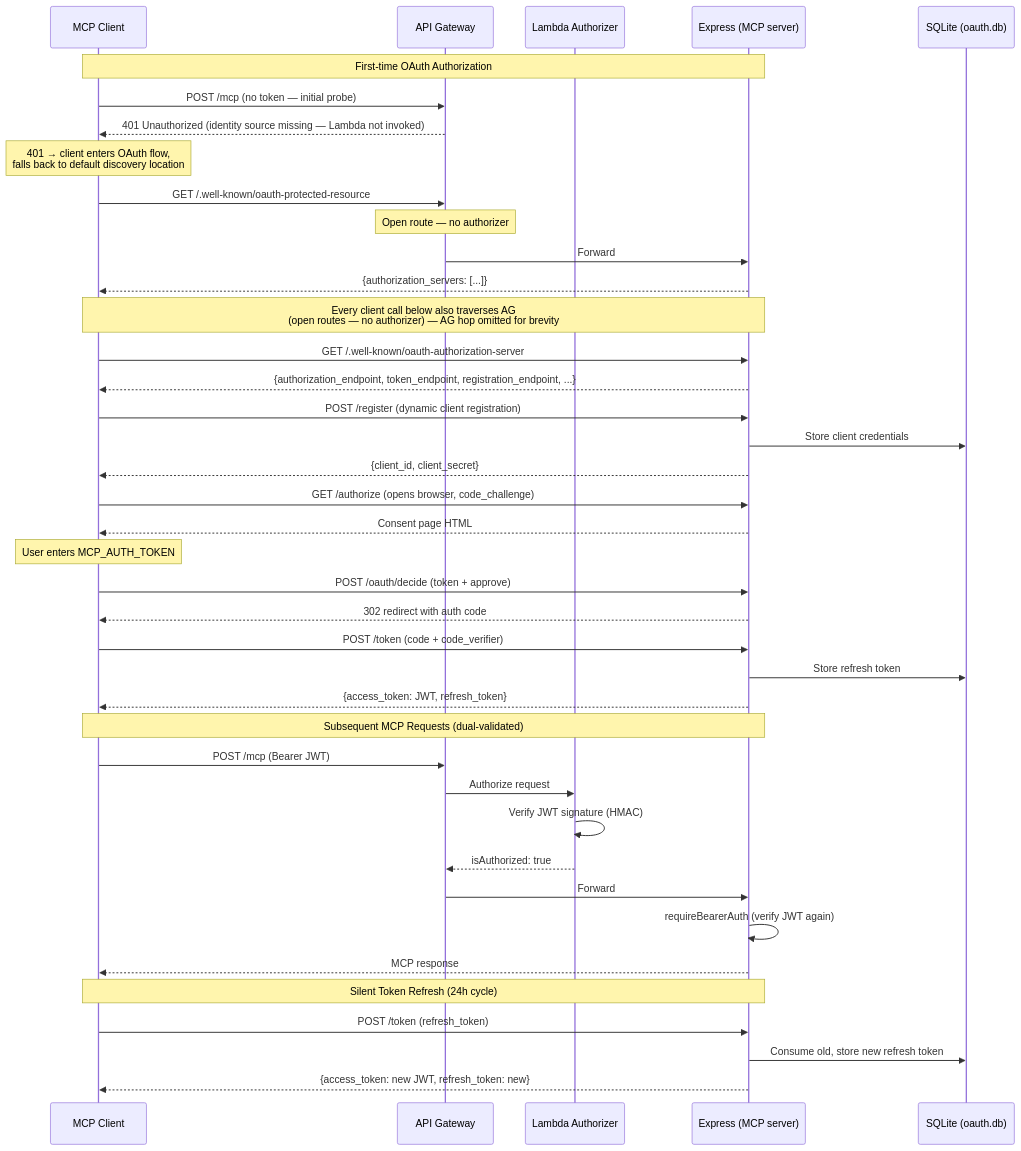
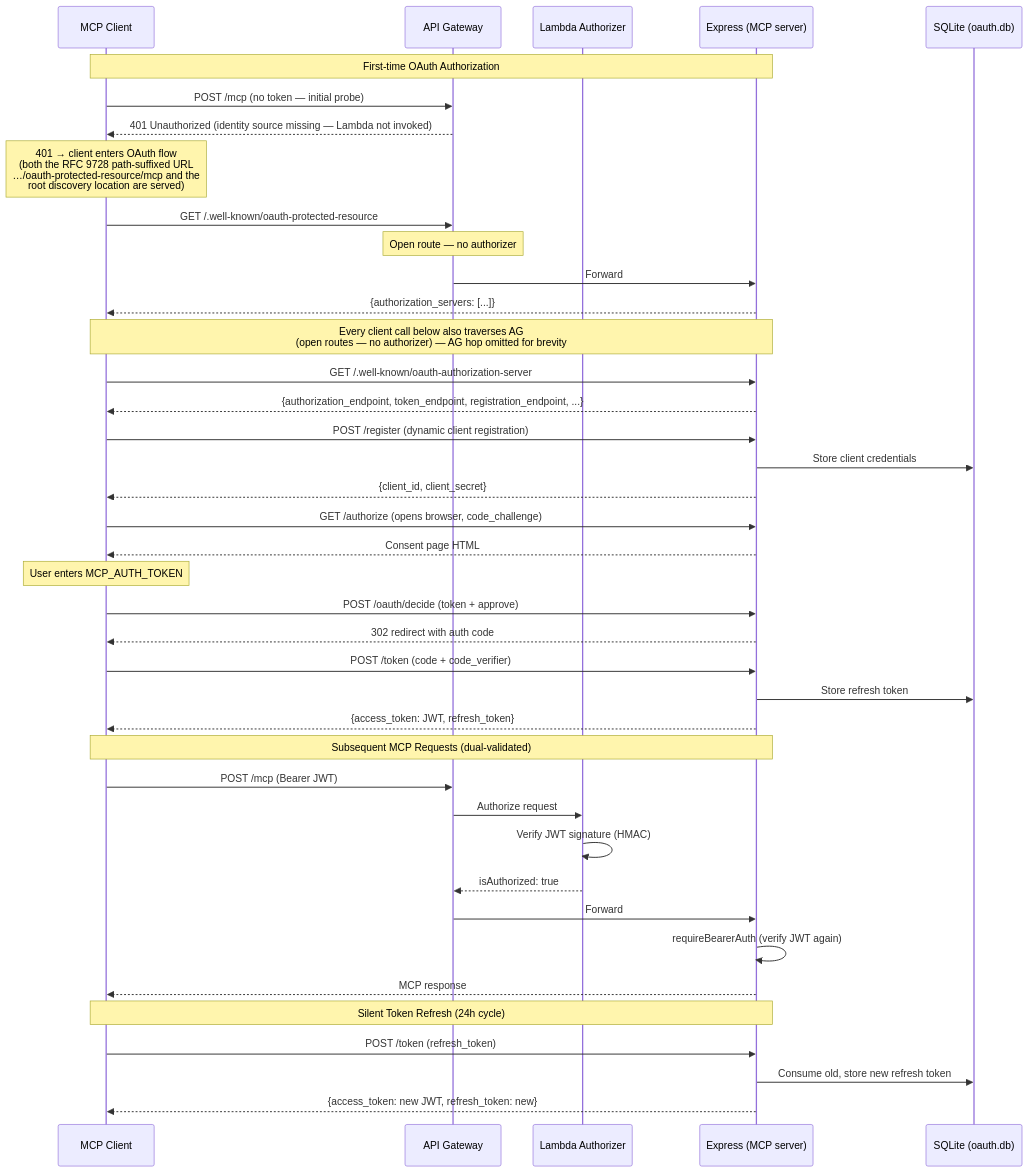
The fourth of 5 diagrams in ARCHITECTURE.md (aliasunder/vault-cortex), drawn with Mermaid before and after one commit. The commit also changed other lines of this file and 3 other files, not shown here.

Commit message:
feat(oauth): serve RFC 9728 path-suffixed discovery route for /mcp (#422)

````diff
--- a/ARCHITECTURE.md
+++ b/ARCHITECTURE.md
@@ -492,49 +495,49 @@
 ```mermaid
 sequenceDiagram
     participant C as MCP Client
     participant AG as API Gateway
     participant L as Lambda Authorizer
     participant E as Express (MCP server)
     participant DB as SQLite (oauth.db)
 
     Note over C,E: First-time OAuth Authorization
     C->>AG: POST /mcp (no token — initial probe)
     AG-->>C: 401 Unauthorized (identity source missing — Lambda not invoked)
-    Note over C: 401 → client enters OAuth flow,<br/>falls back to default discovery location
+    Note over C: 401 → client enters OAuth flow<br/>(both the RFC 9728 path-suffixed URL<br/>…/oauth-protected-resource/mcp and the<br/>root discovery location are served)
     C->>AG: GET /.well-known/oauth-protected-resource
     Note over AG: Open route — no authorizer
     AG->>E: Forward
     E-->>C: {authorization_servers: [...]}
 
     Note over C,E: Every client call below also traverses AG<br/>(open routes — no authorizer) — AG hop omitted for brevity
     C->>E: GET /.well-known/oauth-authorization-server
     E-->>C: {authorization_endpoint, token_endpoint, registration_endpoint, ...}
 
     C->>E: POST /register (dynamic client registration)
     E->>DB: Store client credentials
     E-->>C: {client_id, client_secret}
 
     C->>E: GET /authorize (opens browser, code_challenge)
     E-->>C: Consent page HTML
     Note over C: User enters MCP_AUTH_TOKEN
     C->>E: POST /oauth/decide (token + approve)
     E-->>C: 302 redirect with auth code
 
     C->>E: POST /token (code + code_verifier)
     E->>DB: Store refresh token
     E-->>C: {access_token: JWT, refresh_token}
 
     Note over C,E: Subsequent MCP Requests (dual-validated)
     C->>AG: POST /mcp (Bearer JWT)
     AG->>L: Authorize request
     L->>L: Verify JWT signature (HMAC)
     L-->>AG: isAuthorized: true
     AG->>E: Forward
     E->>E: requireBearerAuth (verify JWT again)
     E-->>C: MCP response
 
     Note over C,E: Silent Token Refresh (24h cycle)
     C->>E: POST /token (refresh_token)
     E->>DB: Consume old, store new refresh token
     E-->>C: {access_token: new JWT, refresh_token: new}
 ```
````
